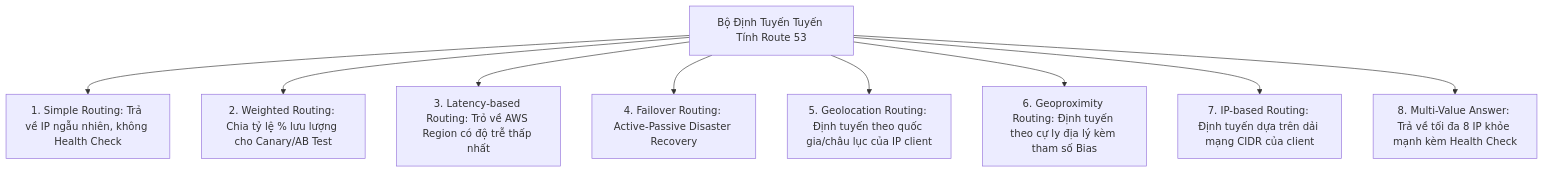
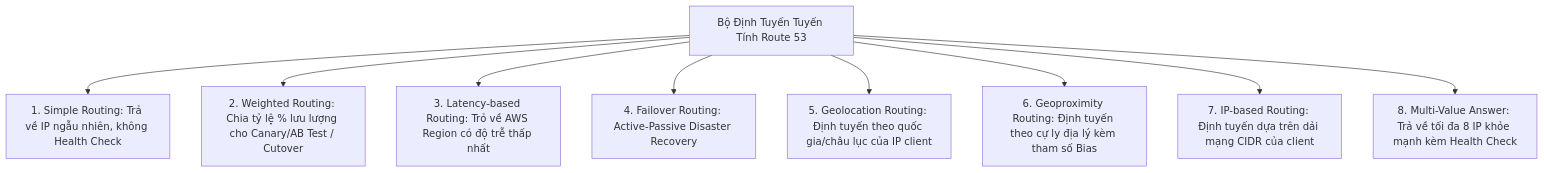
Before and after one commit to nhatphanhk/AWS_XBrain_Note: the third of 5 diagrams in AWS_Services/Route53_DNS.md, drawn with Mermaid. The commit also changed other lines of this file and 29 other files, not shown here.

````diff
--- a/AWS_Services/Route53_DNS.md
+++ b/AWS_Services/Route53_DNS.md
@@ -93,11 +93,11 @@
 ```mermaid
 flowchart TD
     R53_Engine[Bộ Định Tuyến Tuyến Tính Route 53] --> P1[1. Simple Routing: Trả về IP ngẫu nhiên, không Health Check]
-    R53_Engine --> P2[2. Weighted Routing: Chia tỷ lệ % lưu lượng cho Canary/AB Test]
+    R53_Engine --> P2[2. Weighted Routing: Chia tỷ lệ % lưu lượng cho Canary/AB Test / Cutover]
     R53_Engine --> P3[3. Latency-based Routing: Trỏ về AWS Region có độ trễ thấp nhất]
     R53_Engine --> P4[4. Failover Routing: Active-Passive Disaster Recovery]
     R53_Engine --> P5[5. Geolocation Routing: Định tuyến theo quốc gia/châu lục của IP client]
     R53_Engine --> P6[6. Geoproximity Routing: Định tuyến theo cự ly địa lý kèm tham số Bias]
     R53_Engine --> P7[7. IP-based Routing: Định tuyến dựa trên dải mạng CIDR của client]
     R53_Engine --> P8[8. Multi-Value Answer: Trả về tối đa 8 IP khỏe mạnh kèm Health Check]
 ```
````
